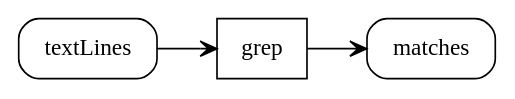
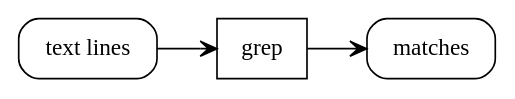
Before and after one commit to mknecht/dreitafel: the diagram in examples/grep.dot, drawn with Graphviz. The commit also changed 13 other files, not shown here.

```diff
--- a/examples/grep.dot
+++ b/examples/grep.dot
@@ -1,22 +1,22 @@
 # Generated with Dreitafel
 # https://github.com/mknecht/dreitafel
 
 digraph "My first diagram" {
 
 # horizontal layout
 rankdir=LR;
 splines=ortho;
 nodesep=0.8;
 arrowhead=vee;
 
 # Actors
-grep[shape=box];
+"grep"[shape=box];
 
 # Storages
-textLines[shape=box,style=rounded];
-matches[shape=box,style=rounded];
+"text lines"[shape=box,style=rounded];
+"matches"[shape=box,style=rounded];
 
-# Accesses
-textLines -> grep [arrowhead=vee];
-grep -> matches  [arrowhead=vee];
+# Accesses & Channels
+"text lines" -> "grep" [arrowhead=vee];
+"grep" -> "matches"  [arrowhead=vee];
 } // end digraph
```
